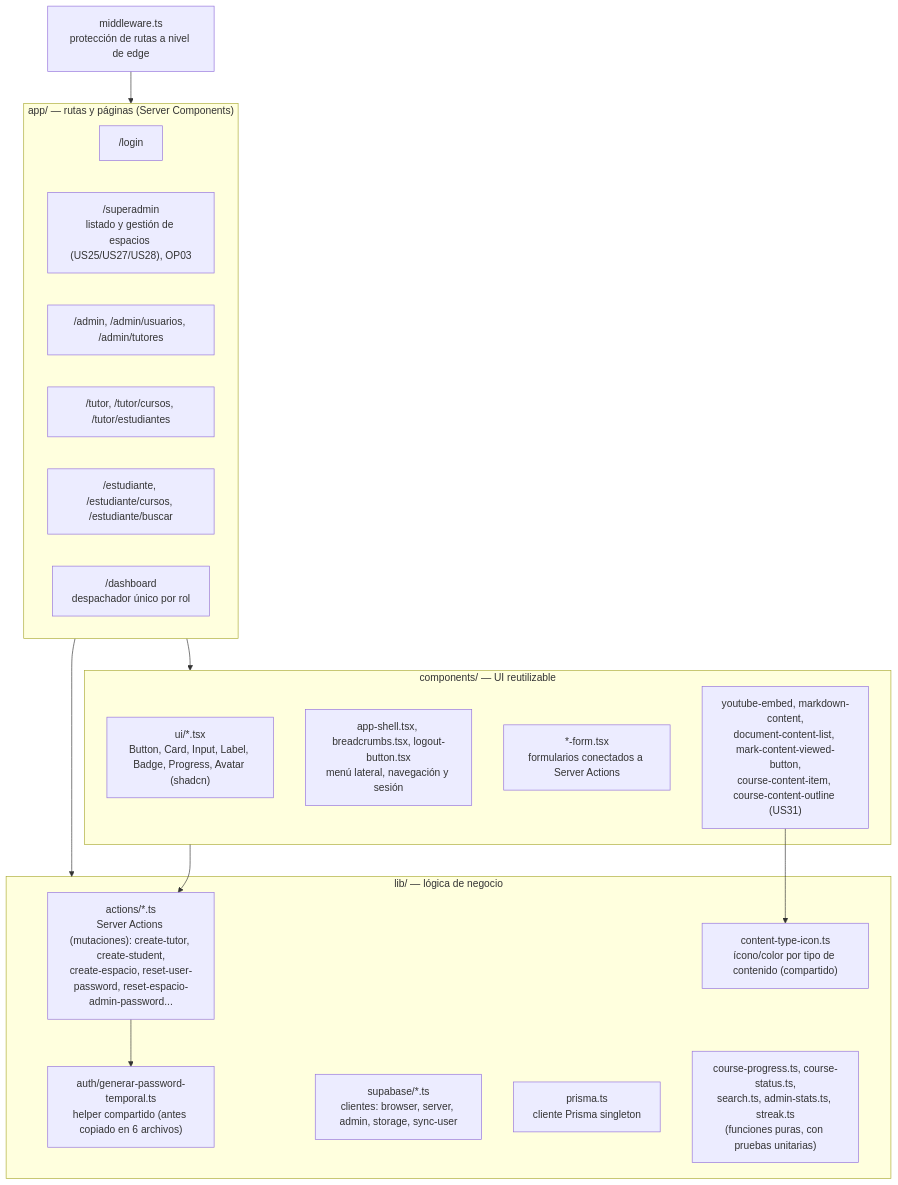
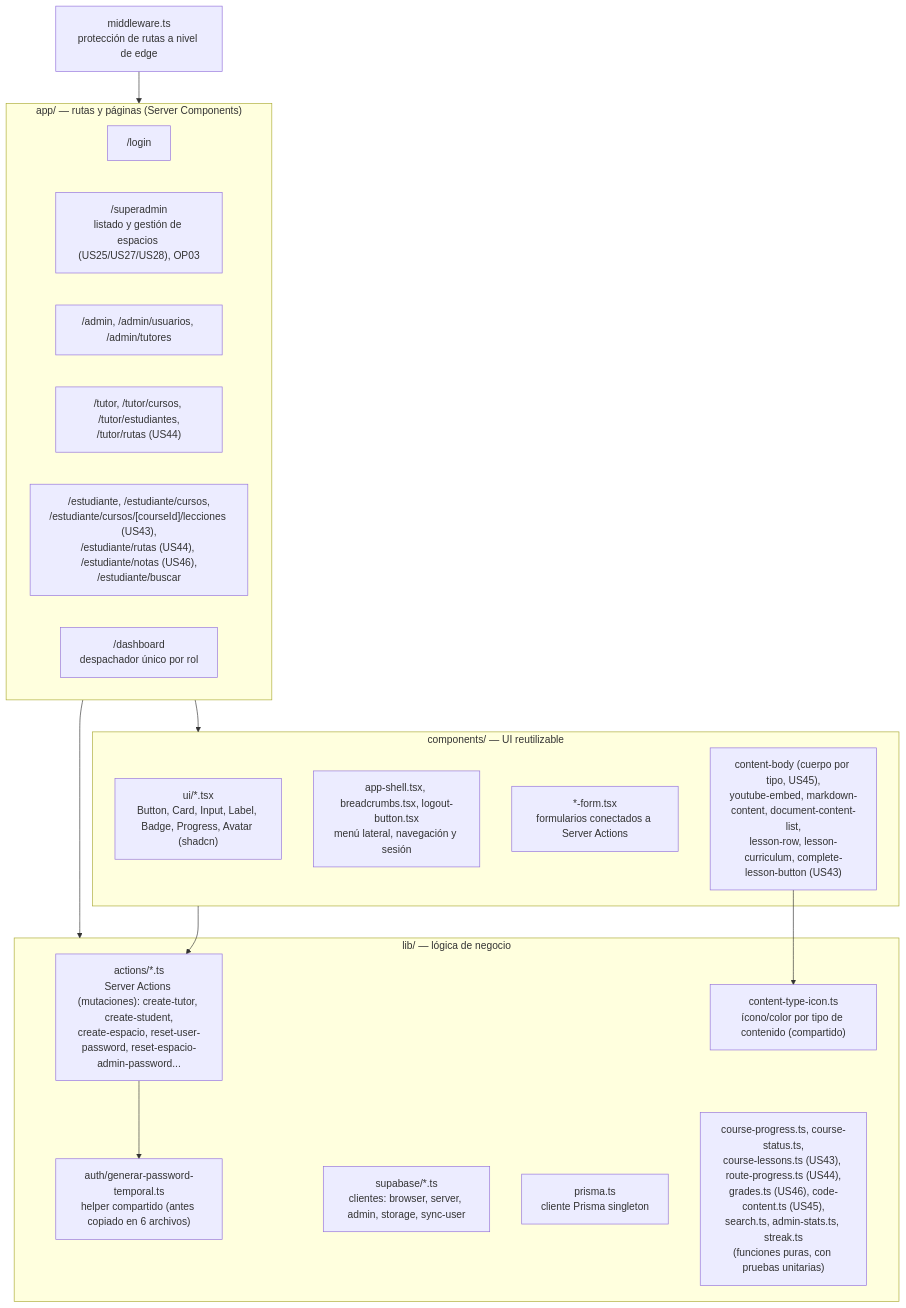
The third of 9 diagrams in Diagrama_de_Arquitectura.md (profefabio-dev/proyecto-lms), drawn with Mermaid before and after one commit. The commit also changed other lines of this file and 9 other files, not shown here.

First line of the commit message:
feat(estudiante): pantalla Mis notas y documentacion del Sprint 11 (US46)

````diff
--- a/Diagrama_de_Arquitectura.md
+++ b/Diagrama_de_Arquitectura.md
@@ -89,36 +89,36 @@
 ```mermaid
 flowchart TB
     subgraph app["app/ — rutas y páginas (Server Components)"]
         LoginPage["/login"]
         SuperAdminPages["/superadmin<br/>listado y gestión de espacios (US25/US27/US28), OP03"]
         AdminPages["/admin, /admin/usuarios, /admin/tutores"]
-        TutorPages["/tutor, /tutor/cursos, /tutor/estudiantes"]
-        EstudiantePages["/estudiante, /estudiante/cursos, /estudiante/buscar"]
+        TutorPages["/tutor, /tutor/cursos, /tutor/estudiantes,<br/>/tutor/rutas (US44)"]
+        EstudiantePages["/estudiante, /estudiante/cursos,<br/>/estudiante/cursos/[courseId]/lecciones (US43),<br/>/estudiante/rutas (US44), /estudiante/notas (US46),<br/>/estudiante/buscar"]
         DashboardDispatch["/dashboard<br/>despachador único por rol"]
     end
 
     subgraph lib["lib/ — lógica de negocio"]
         LibActions["actions/*.ts<br/>Server Actions (mutaciones): create-tutor, create-student,<br/>create-espacio, reset-user-password, reset-espacio-admin-password..."]
         LibAuth["auth/generar-password-temporal.ts<br/>helper compartido (antes copiado en 6 archivos)"]
         LibSupabase["supabase/*.ts<br/>clientes: browser, server, admin, storage, sync-user"]
         LibPrisma["prisma.ts<br/>cliente Prisma singleton"]
         LibContentIcon["content-type-icon.ts<br/>ícono/color por tipo de contenido (compartido)"]
-        LibPuras["course-progress.ts, course-status.ts,<br/>search.ts, admin-stats.ts, streak.ts<br/>(funciones puras, con pruebas unitarias)"]
+        LibPuras["course-progress.ts, course-status.ts,<br/>course-lessons.ts (US43), route-progress.ts (US44),<br/>grades.ts (US46), code-content.ts (US45),<br/>search.ts, admin-stats.ts, streak.ts<br/>(funciones puras, con pruebas unitarias)"]
     end
 
     subgraph componentes["components/ — UI reutilizable"]
         UIBase["ui/*.tsx<br/>Button, Card, Input, Label, Badge, Progress, Avatar (shadcn)"]
         AppShell["app-shell.tsx, breadcrumbs.tsx, logout-button.tsx<br/>menú lateral, navegación y sesión"]
         Formularios["*-form.tsx<br/>formularios conectados a Server Actions"]
-        ContentUI["youtube-embed, markdown-content,<br/>document-content-list, mark-content-viewed-button,<br/>course-content-item, course-content-outline (US31)"]
+        ContentUI["content-body (cuerpo por tipo, US45),<br/>youtube-embed, markdown-content, document-content-list,<br/>lesson-row, lesson-curriculum, complete-lesson-button (US43)"]
     end
 
     Middleware["middleware.ts<br/>protección de rutas a nivel de edge"]
 
     app --> lib
     app --> componentes
     componentes --> LibActions
     LibActions --> LibAuth
     ContentUI --> LibContentIcon
     Middleware --> app
 ```
````
